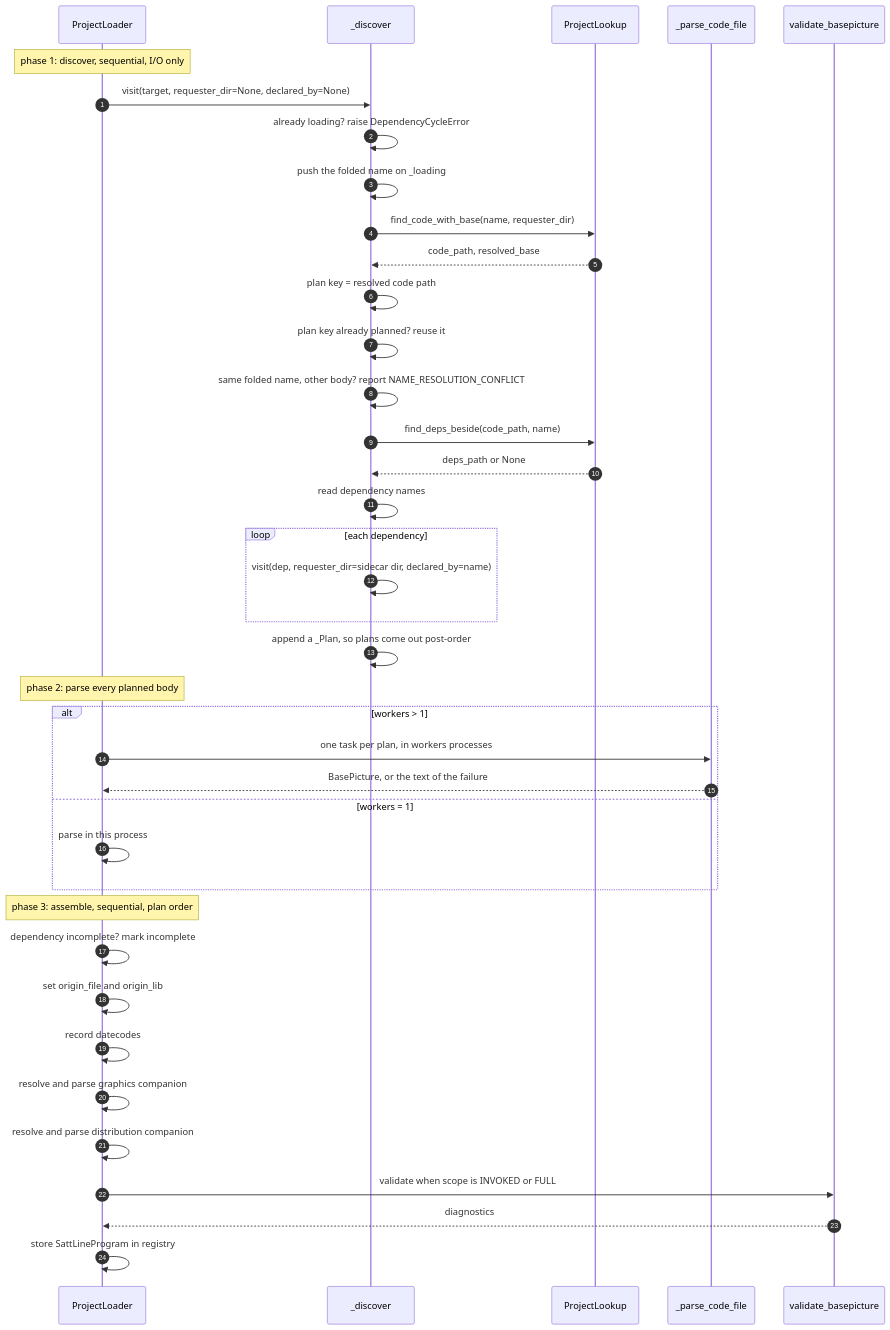
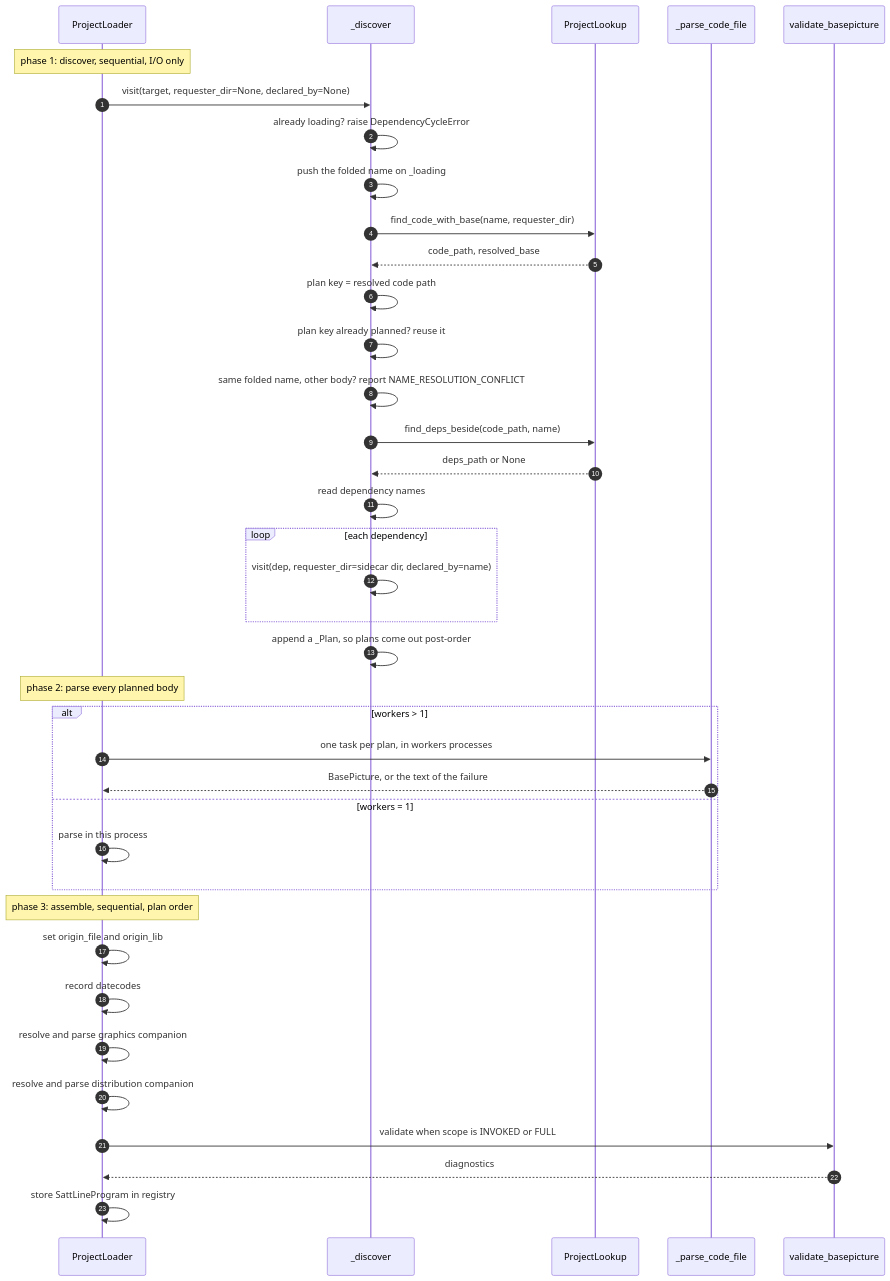
Before and after one commit to SorenHJohansen/sattline-parser: the third of 7 diagrams in docs/project.md, drawn with Mermaid. The commit also changed other lines of this file and 19 other files, not shown here.

````diff
--- a/docs/project.md
+++ b/docs/project.md
@@ -110,42 +110,41 @@
 ```mermaid
 sequenceDiagram
     autonumber
     participant L as ProjectLoader
     participant V as _discover
     participant F as ProjectLookup
     participant P as _parse_code_file
     participant VAL as validate_basepicture
 
     Note over L: phase 1: discover, sequential, I/O only
     L->>V: visit(target, requester_dir=None, declared_by=None)
     V->>V: already loading? raise DependencyCycleError
     V->>V: push the folded name on _loading
     V->>F: find_code_with_base(name, requester_dir)
     F-->>V: code_path, resolved_base
     V->>V: plan key = resolved code path
     V->>V: plan key already planned? reuse it
     V->>V: same folded name, other body? report NAME_RESOLUTION_CONFLICT
     V->>F: find_deps_beside(code_path, name)
     F-->>V: deps_path or None
     V->>V: read dependency names
     loop each dependency
         V->>V: visit(dep, requester_dir=sidecar dir, declared_by=name)
     end
     V->>V: append a _Plan, so plans come out post-order
     Note over L: phase 2: parse every planned body
     alt workers > 1
         L->>P: one task per plan, in workers processes
         P-->>L: BasePicture, or the text of the failure
     else workers = 1
         L->>L: parse in this process
     end
     Note over L: phase 3: assemble, sequential, plan order
-    L->>L: dependency incomplete? mark incomplete
     L->>L: set origin_file and origin_lib
     L->>L: record datecodes
     L->>L: resolve and parse graphics companion
     L->>L: resolve and parse distribution companion
     L->>VAL: validate when scope is INVOKED or FULL
     VAL-->>L: diagnostics
     L->>L: store SattLineProgram in registry
 ```
````
